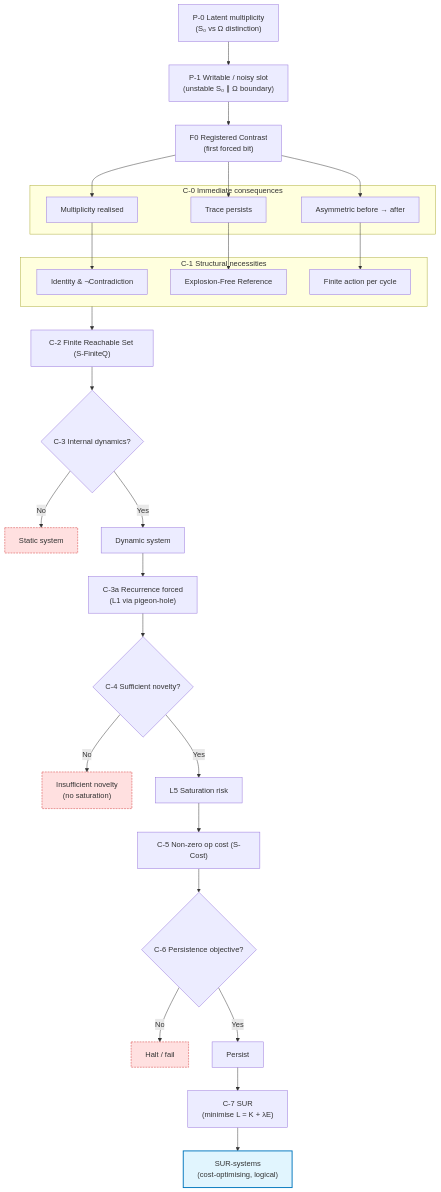
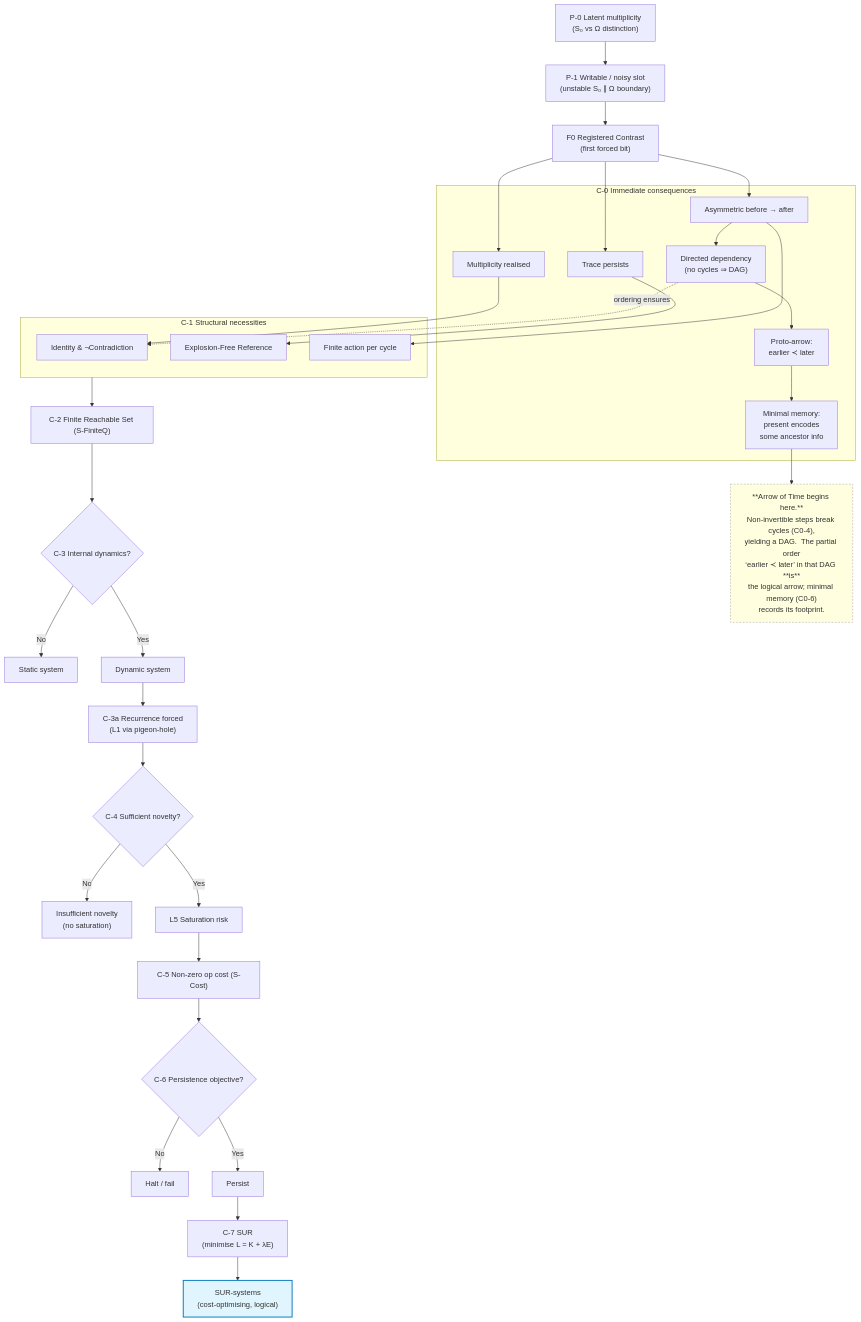
The diagram in Flowchart.mmd (jconorgrogan/Informational-Constructivism), drawn with Mermaid before and after one commit.

```diff
--- a/Flowchart.mmd
+++ b/Flowchart.mmd
@@ -1,79 +1,91 @@
 flowchart TD
     %% ───────── PRE-INTERFACE LAYERS ─────────
     P0["P-0 Latent multiplicity<br/>(S₀ vs Ω distinction)"]
     P1["P-1 Writable / noisy slot<br/>(unstable S₀ ∥ Ω boundary)"]
     P0 --> P1
 
     %% ───────── EVENT ─────────
     F0["F0 Registered Contrast<br/>(first forced bit)"]
     P1 --> F0
 
     %% ───────── IMMEDIATE CONSEQUENCES ─────────
     subgraph C0["C-0 Immediate consequences"]
         C0_1["Multiplicity realised"]
         C0_2["Trace persists"]
         C0_3["Asymmetric before → after"]
+        C0_4["Directed dependency<br/>(no cycles ⇒ DAG)"]
+        C0_5["Proto-arrow:<br/>earlier ≺ later"]
+        C0_6["Minimal memory:<br/>present encodes<br/>some ancestor info"]
     end
     F0 --> C0_1
     F0 --> C0_2
     F0 --> C0_3
+    C0_3 --> C0_4
+    C0_4 --> C0_5
+    C0_5 --> C0_6
 
     %% ───────── STRUCTURAL NECESSITIES ─────────
     subgraph C1["C-1 Structural necessities"]
         L1stub["Identity & ¬Contradiction"]
         EFR["Explosion-Free Reference"]
         FA["Finite action per cycle"]
     end
     C0_1 --> L1stub
     C0_2 --> EFR
     C0_3 --> FA
+    C0_4 -.ordering ensures.-> L1stub
 
     %% ───────── FINITE REACHABLE SET ─────────
     FRS["C-2 Finite Reachable Set (S-FiniteQ)"]
     C1 --> FRS
 
     %% ───────── DYNAMICS BRANCH ─────────
     DYN{"C-3 Internal dynamics?"}
     FRS --> DYN
     STAT["Static system"]
     DYNyes["Dynamic system"]
     DYN -- No --> STAT
     DYN -- Yes --> DYNyes
 
     %% ───────── RECURRENCE (L1 realisation) ─────────
     REC["C-3a Recurrence forced<br/>(L1 via pigeon-hole)"]
     DYNyes --> REC
 
     %% ───────── NOVELTY BRANCH ─────────
     NOVEL{"C-4 Sufficient novelty?"}
     REC --> NOVEL
     LOWNOV["Insufficient novelty<br/>(no saturation)"]
     SATRISK["L5 Saturation risk"]
     NOVEL -- No --> LOWNOV
     NOVEL -- Yes --> SATRISK
 
     %% ───────── COST NECESSITY ─────────
     COST["C-5 Non-zero op cost (S-Cost)"]
     SATRISK --> COST
 
     %% ───────── PERSISTENCE BRANCH ─────────
     PERS{"C-6 Persistence objective?"}
     COST --> PERS
     HALT["Halt / fail"]
     YESPO["Persist"]
     PERS -- No --> HALT
     PERS -- Yes --> YESPO
 
     %% ───────── SUR OPTIMISATION ─────────
     SUR["C-7 SUR<br/>(minimise L = K + λE)"]
     YESPO --> SUR
 
     %% ───────── FINAL CLASS ─────────
     FINAL["SUR-systems<br/>(cost-optimising, logical)"]
     SUR --> FINAL
 
+    %% ───────── ARROW-OF-TIME CALLOUT ─────────
+    TOT["**Arrow of Time begins here.**<br/>Non-invertible steps break cycles (C0-4),<br/>yielding a DAG.  The partial order<br/>‘earlier ≺ later’ in that DAG **is**<br/>the logical arrow; minimal memory (C0-6)<br/>records its footprint."]
+    C0_6 --> TOT
+
     %% Styling
     classDef final fill:#e1f5fe,stroke:#0277bd,stroke-width:2px;
-    classDef dead  fill:#ffe0e0,stroke:#d32f2f,stroke-width:1px,stroke-dasharray:4 2;
+    classDef note fill:#ffffe0,stroke:#9e9e9e,stroke-dasharray:4 3;
     class FINAL final
+    class TOT note
     class HALT,LOWNOV,STAT dead
```
